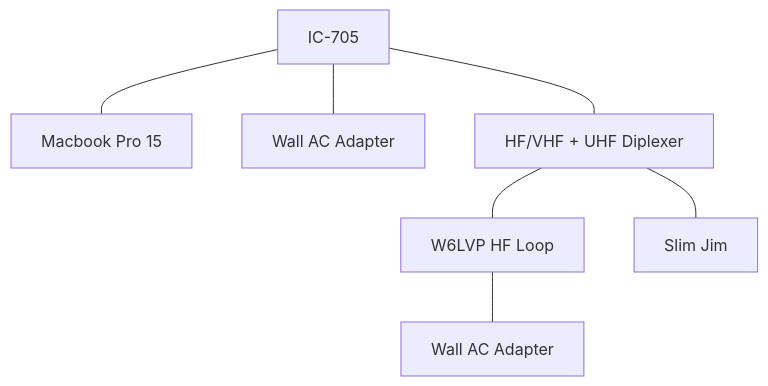
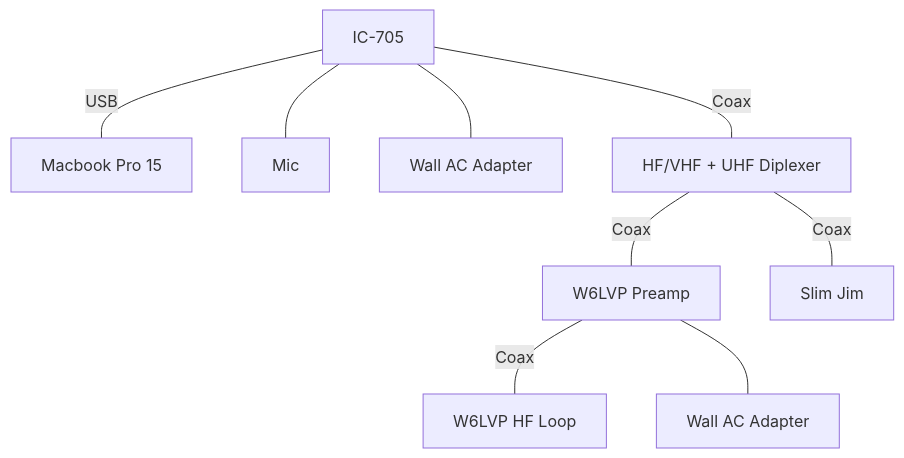
One commit to W3TM/shack changed the third of 3 diagrams in src/home-stations.qmd. Above: the diagram before and after it, drawn with Mermaid. The commit also changed 4 other files, not shown here.

Commit message:
Modify block diagram for IC-705/HF-3 station.

````diff
--- a/src/home-stations.qmd
+++ b/src/home-stations.qmd
@@ -75,11 +75,13 @@
 ```{mermaid}
 %%| title: "HF-3 Connections"
 %%| fig-cap: "HF-3 Block Diagram"
 flowchart TD
-  A[IC-705] --- B[Macbook Pro 15]
+  A[IC-705]---|USB|B[Macbook Pro 15]
+  A --- I[Mic]
   A --- C[Wall AC Adapter]
-  A --- D[HF/VHF + UHF Diplexer]
-  D --- E[W6LVP HF Loop]
+  A---|Coax|D[HF/VHF + UHF Diplexer]
+  D---|Coax|E[W6LVP Preamp]
+  E---|Coax|H[W6LVP HF Loop]
   E --- G[Wall AC Adapter]
-  D --- F[Slim Jim]
+  D---|Coax|F[Slim Jim]
 ```
````
